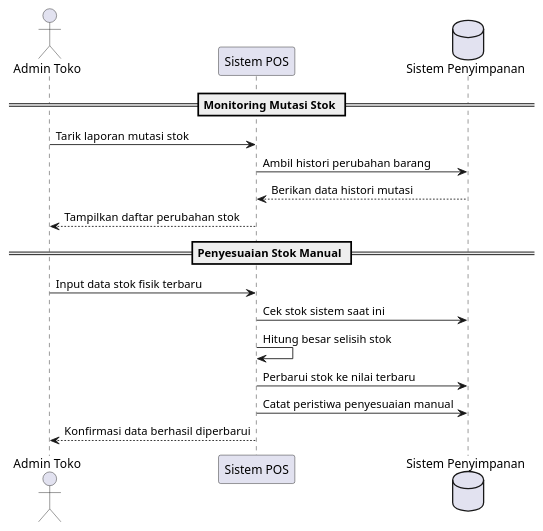
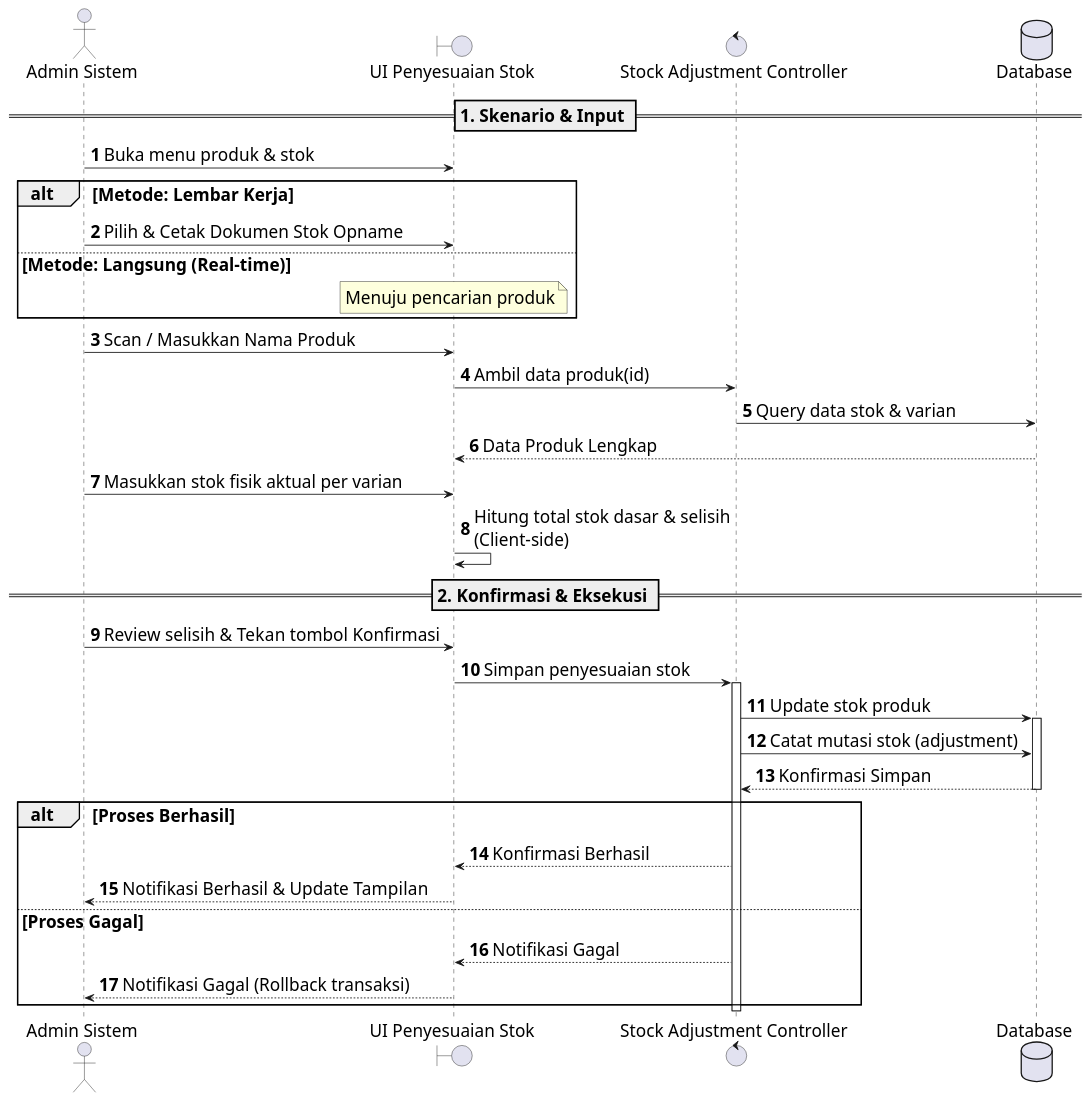
One commit to Aditiarzky/pos-app changed the diagram in docs/uml-sequence-stock.puml. Above: the diagram before and after it, drawn with PlantUML. The commit also changed 75 other files, not shown here.

```diff
--- a/docs/uml-sequence-stock.puml
+++ b/docs/uml-sequence-stock.puml
@@ -1,19 +1,51 @@
-@startuml
-actor "Admin Toko" as Admin
-participant "Sistem POS" as App
-database "Sistem Penyimpanan" as DB
+@startuml Stock_Adjustment_Sequence
+autonumber
 
-== Monitoring Mutasi Stok ==
-Admin -> App: Tarik laporan mutasi stok
-App -> DB: Ambil histori perubahan barang
-DB --> App: Berikan data histori mutasi
-App --> Admin: Tampilkan daftar perubahan stok
+skinparam BoxPadding 10
+skinparam ParticipantPadding 10
+skinparam defaultFontSize 20
+skinparam maxMessageSize 400
 
-== Penyesuaian Stok Manual ==
-Admin -> App: Input data stok fisik terbaru
-App -> DB: Cek stok sistem saat ini
-App -> App: Hitung besar selisih stok
-App -> DB: Perbarui stok ke nilai terbaru
-App -> DB: Catat peristiwa penyesuaian manual
-App --> Admin: Konfirmasi data berhasil diperbarui
+actor "Admin Sistem" as Admin
+boundary "UI Penyesuaian Stok" as UI
+control "Stock Adjustment Controller" as Controller
+database "Database" as DB
+
+== 1. Skenario & Input ==
+Admin -> UI : Buka menu produk & stok
+alt Metode: Lembar Kerja
+    Admin -> UI : Pilih & Cetak Dokumen Stok Opname
+else Metode: Langsung (Real-time)
+    note over UI : Menuju pencarian produk
+end
+
+Admin -> UI : Scan / Masukkan Nama Produk
+UI -> Controller : Ambil data produk(id)
+Controller -> DB : Query data stok & varian
+DB --> UI : Data Produk Lengkap
+
+Admin -> UI : Masukkan stok fisik aktual per varian
+UI -> UI : Hitung total stok dasar & selisih (Client-side)
+
+== 2. Konfirmasi & Eksekusi ==
+Admin -> UI : Review selisih & Tekan tombol Konfirmasi
+UI -> Controller : Simpan penyesuaian stok
+
+activate Controller
+Controller -> DB : Update stok produk
+activate DB
+
+Controller -> DB : Catat mutasi stok (adjustment)
+DB --> Controller : Konfirmasi Simpan
+deactivate DB
+
+alt Proses Berhasil
+    Controller --> UI : Konfirmasi Berhasil
+    UI --> Admin : Notifikasi Berhasil & Update Tampilan
+else Proses Gagal
+    Controller --> UI : Notifikasi Gagal
+    UI --> Admin : Notifikasi Gagal (Rollback transaksi)
+end
+deactivate Controller
+
 @enduml
```
